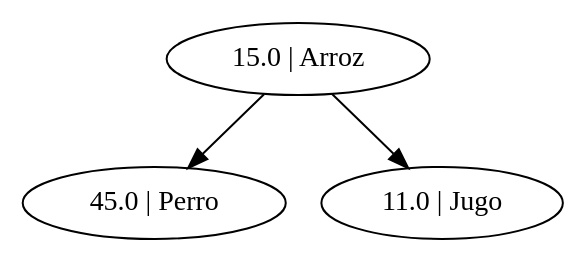
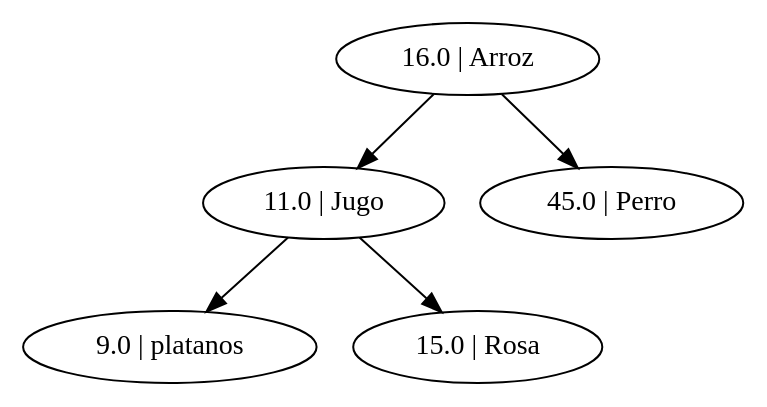
One commit to BryanBlacks/Algoritmos-y-Estructuras-de-Datos changed the diagram in Unidad I/PAC III 2019/Proyecto 1/Python/Memoria/test1.dot. Above: the diagram before and after it, drawn with Graphviz. The commit also changed 14 other files, not shown here.

```diff
--- a/Unidad I/PAC III 2019/Proyecto 1/Python/Memoria/test1.dot
+++ b/Unidad I/PAC III 2019/Proyecto 1/Python/Memoria/test1.dot
@@ -1,4 +1,6 @@
-strict digraph  {
-	"15.0 | Arroz" -> "45.0 | Perro";
-	"15.0 | Arroz" -> "11.0 | Jugo";
+strict digraph "" {
+	"16.0 | Arroz" -> "11.0 | Jugo";
+	"16.0 | Arroz" -> "45.0 | Perro";
+	"11.0 | Jugo" -> "9.0 | platanos";
+	"11.0 | Jugo" -> "15.0 | Rosa";
 }
```
